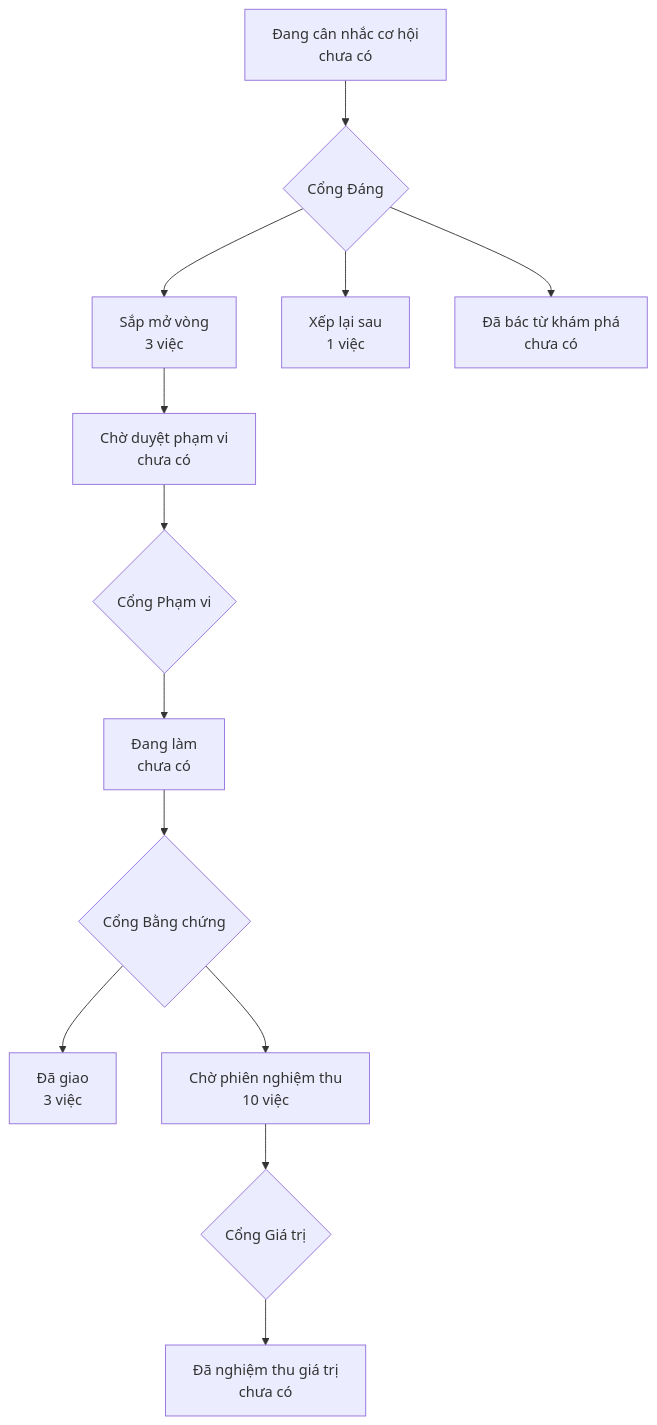
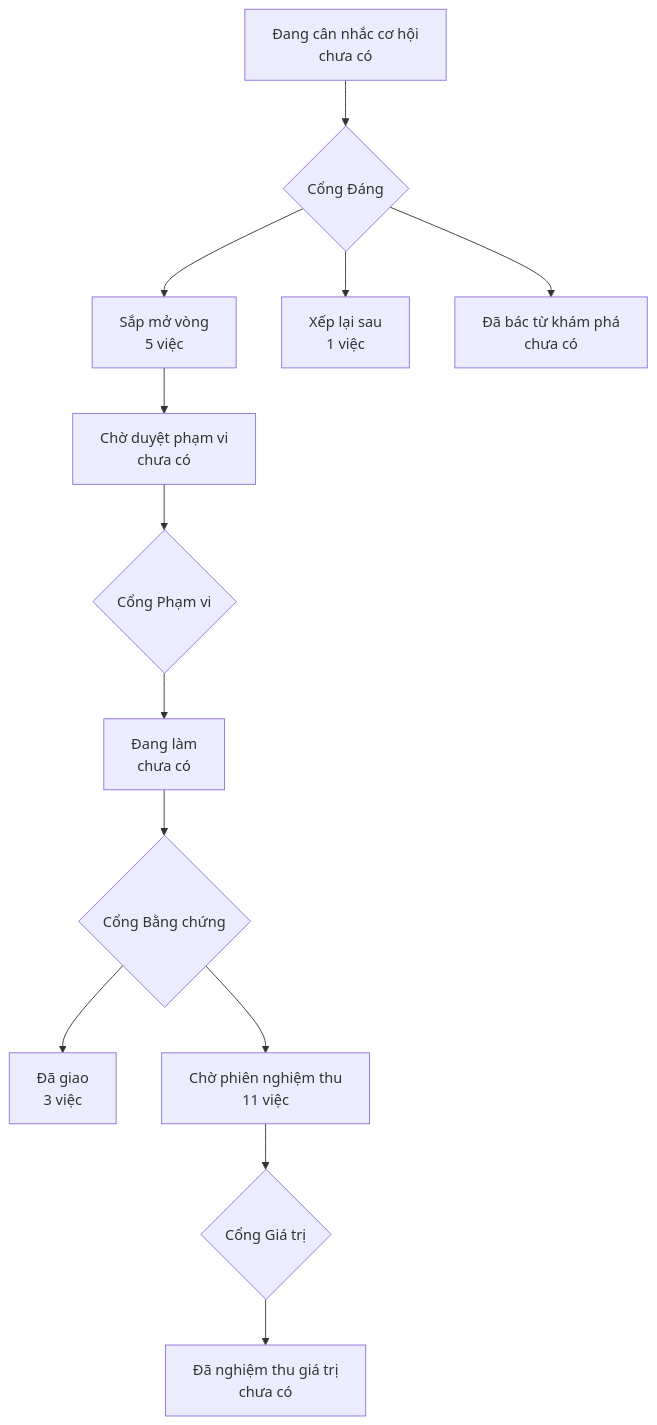
The diagram in PRODUCT-MAP.md (phanlemanh/onehub-quy-hang), drawn with Mermaid before and after one commit. The commit also changed other lines of this file and 1 other file, not shown here.

Commit message:
chore(product-map): vẽ lại sau khi gộp main

````diff
--- a/PRODUCT-MAP.md
+++ b/PRODUCT-MAP.md
@@ -7,12 +7,12 @@
 ```mermaid
 flowchart TD
   A["Đang cân nhắc cơ hội<br/>chưa có"] --> GD{"Cổng Đáng"}
-  GD --> B["Sắp mở vòng<br/>3 việc"]
+  GD --> B["Sắp mở vòng<br/>5 việc"]
   GD --> XL["Xếp lại sau<br/>1 việc"]
   GD --> DB["Đã bác từ khám phá<br/>chưa có"]
   B --> CD["Chờ duyệt phạm vi<br/>chưa có"] --> GP{"Cổng Phạm vi"}
   GP --> DL["Đang làm<br/>chưa có"] --> GB{"Cổng Bằng chứng"}
   GB --> DG["Đã giao<br/>3 việc"]
-  GB --> CN["Chờ phiên nghiệm thu<br/>10 việc"] --> GG{"Cổng Giá trị"}
+  GB --> CN["Chờ phiên nghiệm thu<br/>11 việc"] --> GG{"Cổng Giá trị"}
   GG --> NT["Đã nghiệm thu giá trị<br/>chưa có"]
 ```
````
